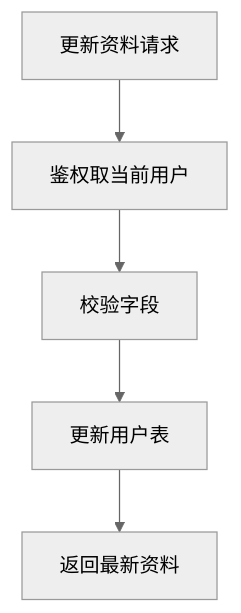
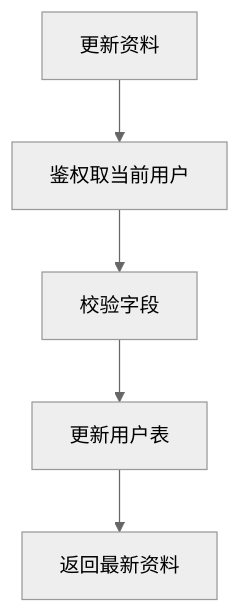
One commit to bitladykiller/zhiguang_go changed the diagram in docs/modules/03-资料模块.md. Above: the diagram before and after it, drawn with Mermaid (neutral theme). The commit also changed other lines of this file and 13 other files, not shown here.

````diff
--- a/docs/modules/03-资料模块.md
+++ b/docs/modules/03-资料模块.md
@@ -159,7 +15,7 @@
 ```mermaid
 flowchart TD
-    A[更新资料请求] --> B[鉴权取当前用户]
+    A[更新资料] --> B[鉴权取当前用户]
     B --> C[校验字段]
     C --> D[更新用户表]
     D --> E[返回最新资料]
 ```
````
